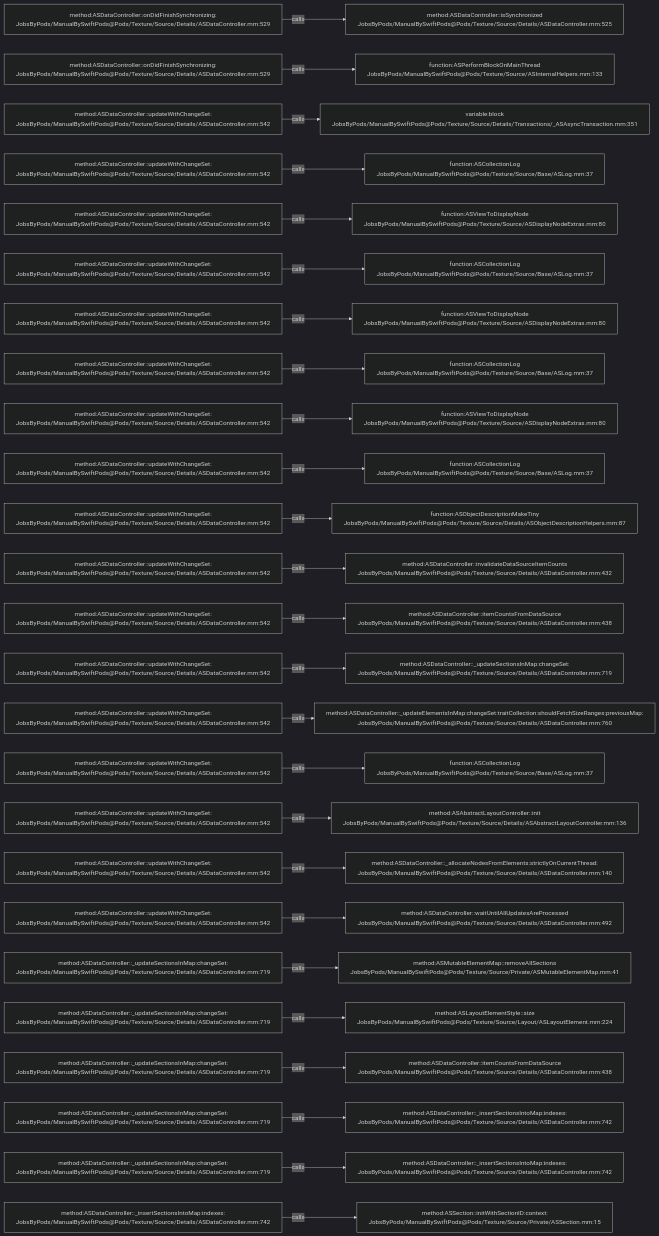
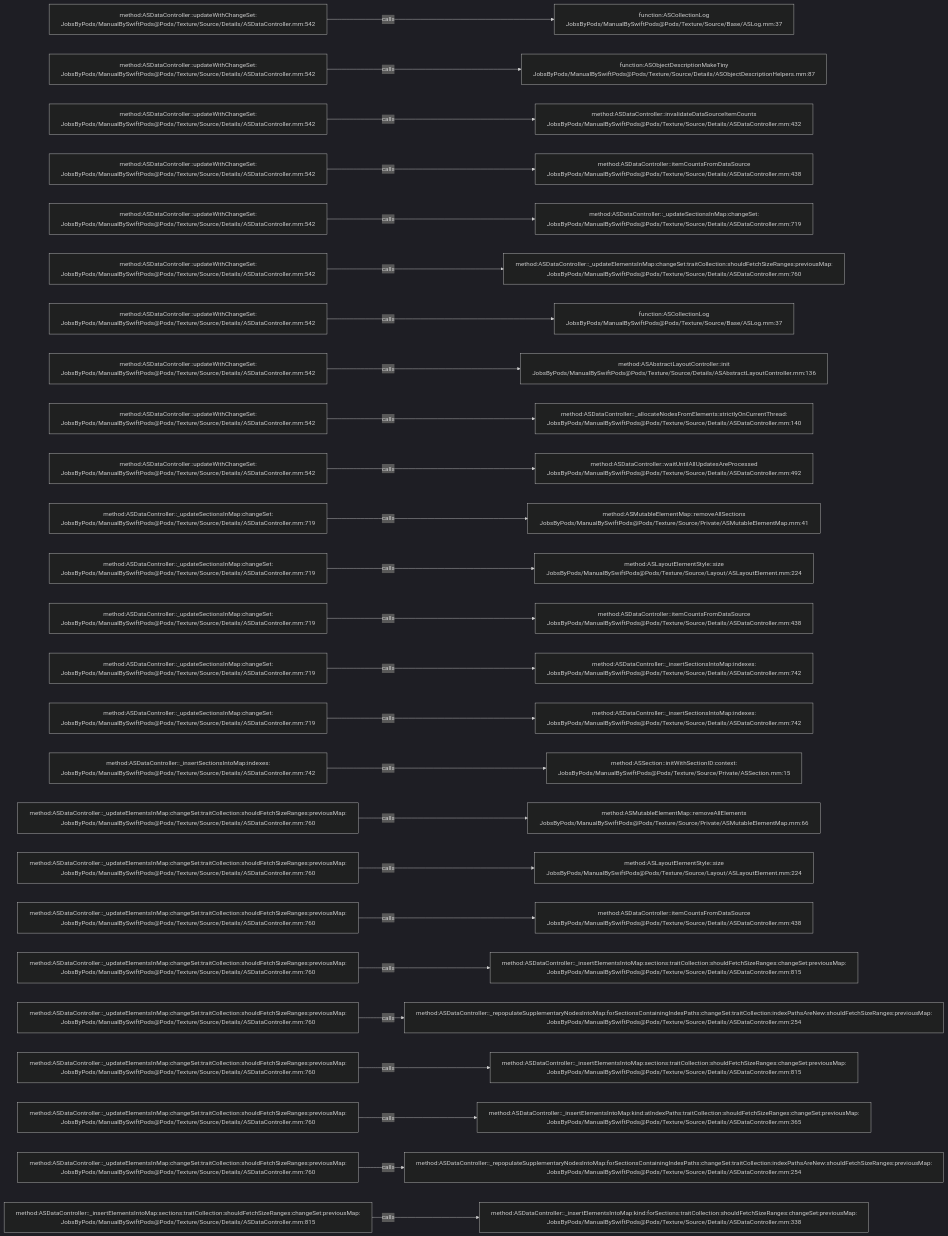
The diagram in .codegraph/codegraph.md/graphs/calls-086.md (JobsKits/JobsSwiftBaseConfigDemo), drawn with Mermaid (dark theme) before and after one commit. The commit also changed 707 other files, not shown here.

````diff
--- a/.codegraph/codegraph.md/graphs/calls-086.md
+++ b/.codegraph/codegraph.md/graphs/calls-086.md
@@ -13,78 +13,78 @@
 ```mermaid
 flowchart LR
-  S1["method:ASDataController::onDidFinishSynchronizing:<br/>JobsByPods/ManualBySwiftPods@Pods/Texture/Source/Details/ASDataController.mm:529"]
-  T1["method:ASDataController::isSynchronized<br/>JobsByPods/ManualBySwiftPods@Pods/Texture/Source/Details/ASDataController.mm:525"]
+  S1["method:ASDataController::updateWithChangeSet:<br/>JobsByPods/ManualBySwiftPods@Pods/Texture/Source/Details/ASDataController.mm:542"]
+  T1["function:ASCollectionLog<br/>JobsByPods/ManualBySwiftPods@Pods/Texture/Source/Base/ASLog.mm:37"]
   S1 -->|calls| T1
-  S2["method:ASDataController::onDidFinishSynchronizing:<br/>JobsByPods/ManualBySwiftPods@Pods/Texture/Source/Details/ASDataController.mm:529"]
-  T2["function:ASPerformBlockOnMainThread<br/>JobsByPods/ManualBySwiftPods@Pods/Texture/Source/ASInternalHelpers.mm:133"]
+  S2["method:ASDataController::updateWithChangeSet:<br/>JobsByPods/ManualBySwiftPods@Pods/Texture/Source/Details/ASDataController.mm:542"]
+  T2["function:ASObjectDescriptionMakeTiny<br/>JobsByPods/ManualBySwiftPods@Pods/Texture/Source/Details/ASObjectDescriptionHelpers.mm:87"]
   S2 -->|calls| T2
   S3["method:ASDataController::updateWithChangeSet:<br/>JobsByPods/ManualBySwiftPods@Pods/Texture/Source/Details/ASDataController.mm:542"]
-  T3["variable:block<br/>JobsByPods/ManualBySwiftPods@Pods/Texture/Source/Details/Transactions/_ASAsyncTransaction.mm:351"]
+  T3["method:ASDataController::invalidateDataSourceItemCounts<br/>JobsByPods/ManualBySwiftPods@Pods/Texture/Source/Details/ASDataController.mm:432"]
   S3 -->|calls| T3
   S4["method:ASDataController::updateWithChangeSet:<br/>JobsByPods/ManualBySwiftPods@Pods/Texture/Source/Details/ASDataController.mm:542"]
-  T4["function:ASCollectionLog<br/>JobsByPods/ManualBySwiftPods@Pods/Texture/Source/Base/ASLog.mm:37"]
+  T4["method:ASDataController::itemCountsFromDataSource<br/>JobsByPods/ManualBySwiftPods@Pods/Texture/Source/Details/ASDataController.mm:438"]
   S4 -->|calls| T4
   S5["method:ASDataController::updateWithChangeSet:<br/>JobsByPods/ManualBySwiftPods@Pods/Texture/Source/Details/ASDataController.mm:542"]
-  T5["function:ASViewToDisplayNode<br/>JobsByPods/ManualBySwiftPods@Pods/Texture/Source/ASDisplayNodeExtras.mm:80"]
+  T5["method:ASDataController::_updateSectionsInMap:changeSet:<br/>JobsByPods/ManualBySwiftPods@Pods/Texture/Source/Details/ASDataController.mm:719"]
   S5 -->|calls| T5
   S6["method:ASDataController::updateWithChangeSet:<br/>JobsByPods/ManualBySwiftPods@Pods/Texture/Source/Details/ASDataController.mm:542"]
-  T6["function:ASCollectionLog<br/>JobsByPods/ManualBySwiftPods@Pods/Texture/Source/Base/ASLog.mm:37"]
+  T6["method:ASDataController::_updateElementsInMap:changeSet:traitCollection:shouldFetchSizeRanges:previousMap:<br/>JobsByPods/ManualBySwiftPods@Pods/Texture/Source/Details/ASDataController.mm:760"]
   S6 -->|calls| T6
   S7["method:ASDataController::updateWithChangeSet:<br/>JobsByPods/ManualBySwiftPods@Pods/Texture/Source/Details/ASDataController.mm:542"]
-  T7["function:ASViewToDisplayNode<br/>JobsByPods/ManualBySwiftPods@Pods/Texture/Source/ASDisplayNodeExtras.mm:80"]
+  T7["function:ASCollectionLog<br/>JobsByPods/ManualBySwiftPods@Pods/Texture/Source/Base/ASLog.mm:37"]
   S7 -->|calls| T7
   S8["method:ASDataController::updateWithChangeSet:<br/>JobsByPods/ManualBySwiftPods@Pods/Texture/Source/Details/ASDataController.mm:542"]
-  T8["function:ASCollectionLog<br/>JobsByPods/ManualBySwiftPods@Pods/Texture/Source/Base/ASLog.mm:37"]
+  T8["method:ASAbstractLayoutController::init<br/>JobsByPods/ManualBySwiftPods@Pods/Texture/Source/Details/ASAbstractLayoutController.mm:136"]
   S8 -->|calls| T8
   S9["method:ASDataController::updateWithChangeSet:<br/>JobsByPods/ManualBySwiftPods@Pods/Texture/Source/Details/ASDataController.mm:542"]
-  T9["function:ASViewToDisplayNode<br/>JobsByPods/ManualBySwiftPods@Pods/Texture/Source/ASDisplayNodeExtras.mm:80"]
+  T9["method:ASDataController::_allocateNodesFromElements:strictlyOnCurrentThread:<br/>JobsByPods/ManualBySwiftPods@Pods/Texture/Source/Details/ASDataController.mm:140"]
   S9 -->|calls| T9
   S10["method:ASDataController::updateWithChangeSet:<br/>JobsByPods/ManualBySwiftPods@Pods/Texture/Source/Details/ASDataController.mm:542"]
-  T10["function:ASCollectionLog<br/>JobsByPods/ManualBySwiftPods@Pods/Texture/Source/Base/ASLog.mm:37"]
+  T10["method:ASDataController::waitUntilAllUpdatesAreProcessed<br/>JobsByPods/ManualBySwiftPods@Pods/Texture/Source/Details/ASDataController.mm:492"]
   S10 -->|calls| T10
-  S11["method:ASDataController::updateWithChangeSet:<br/>JobsByPods/ManualBySwiftPods@Pods/Texture/Source/Details/ASDataController.mm:542"]
-  T11["function:ASObjectDescriptionMakeTiny<br/>JobsByPods/ManualBySwiftPods@Pods/Texture/Source/Details/ASObjectDescriptionHelpers.mm:87"]
+  S11["method:ASDataController::_updateSectionsInMap:changeSet:<br/>JobsByPods/ManualBySwiftPods@Pods/Texture/Source/Details/ASDataController.mm:719"]
+  T11["method:ASMutableElementMap::removeAllSections<br/>JobsByPods/ManualBySwiftPods@Pods/Texture/Source/Private/ASMutableElementMap.mm:41"]
   S11 -->|calls| T11
-  S12["method:ASDataController::updateWithChangeSet:<br/>JobsByPods/ManualBySwiftPods@Pods/Texture/Source/Details/ASDataController.mm:542"]
-  T12["method:ASDataController::invalidateDataSourceItemCounts<br/>JobsByPods/ManualBySwiftPods@Pods/Texture/Source/Details/ASDataController.mm:432"]
+  S12["method:ASDataController::_updateSectionsInMap:changeSet:<br/>JobsByPods/ManualBySwiftPods@Pods/Texture/Source/Details/ASDataController.mm:719"]
+  T12["method:ASLayoutElementStyle::size<br/>JobsByPods/ManualBySwiftPods@Pods/Texture/Source/Layout/ASLayoutElement.mm:224"]
   S12 -->|calls| T12
-  S13["method:ASDataController::updateWithChangeSet:<br/>JobsByPods/ManualBySwiftPods@Pods/Texture/Source/Details/ASDataController.mm:542"]
+  S13["method:ASDataController::_updateSectionsInMap:changeSet:<br/>JobsByPods/ManualBySwiftPods@Pods/Texture/Source/Details/ASDataController.mm:719"]
   T13["method:ASDataController::itemCountsFromDataSource<br/>JobsByPods/ManualBySwiftPods@Pods/Texture/Source/Details/ASDataController.mm:438"]
   S13 -->|calls| T13
-  S14["method:ASDataController::updateWithChangeSet:<br/>JobsByPods/ManualBySwiftPods@Pods/Texture/Source/Details/ASDataController.mm:542"]
-  T14["method:ASDataController::_updateSectionsInMap:changeSet:<br/>JobsByPods/ManualBySwiftPods@Pods/Texture/Source/Details/ASDataController.mm:719"]
+  S14["method:ASDataController::_updateSectionsInMap:changeSet:<br/>JobsByPods/ManualBySwiftPods@Pods/Texture/Source/Details/ASDataController.mm:719"]
+  T14["method:ASDataController::_insertSectionsIntoMap:indexes:<br/>JobsByPods/ManualBySwiftPods@Pods/Texture/Source/Details/ASDataController.mm:742"]
   S14 -->|calls| T14
-  S15["method:ASDataController::updateWithChangeSet:<br/>JobsByPods/ManualBySwiftPods@Pods/Texture/Source/Details/ASDataController.mm:542"]
-  T15["method:ASDataController::_updateElementsInMap:changeSet:traitCollection:shouldFetchSizeRanges:previousMap:<br/>JobsByPods/ManualBySwiftPods@Pods/Texture/Source/Details/ASDataController.mm:760"]
+  S15["method:ASDataController::_updateSectionsInMap:changeSet:<br/>JobsByPods/ManualBySwiftPods@Pods/Texture/Source/Details/ASDataController.mm:719"]
+  T15["method:ASDataController::_insertSectionsIntoMap:indexes:<br/>JobsByPods/ManualBySwiftPods@Pods/Texture/Source/Details/ASDataController.mm:742"]
   S15 -->|calls| T15
-  S16["method:ASDataController::updateWithChangeSet:<br/>JobsByPods/ManualBySwiftPods@Pods/Texture/Source/Details/ASDataController.mm:542"]
-  T16["function:ASCollectionLog<br/>JobsByPods/ManualBySwiftPods@Pods/Texture/Source/Base/ASLog.mm:37"]
+  S16["method:ASDataController::_insertSectionsIntoMap:indexes:<br/>JobsByPods/ManualBySwiftPods@Pods/Texture/Source/Details/ASDataController.mm:742"]
+  T16["method:ASSection::initWithSectionID:context:<br/>JobsByPods/ManualBySwiftPods@Pods/Texture/Source/Private/ASSection.mm:15"]
   S16 -->|calls| T16
-  S17["method:ASDataController::updateWithChangeSet:<br/>JobsByPods/ManualBySwiftPods@Pods/Texture/Source/Details/ASDataController.mm:542"]
-  T17["method:ASAbstractLayoutController::init<br/>JobsByPods/ManualBySwiftPods@Pods/Texture/Source/Details/ASAbstractLayoutController.mm:136"]
+  S17["method:ASDataController::_updateElementsInMap:changeSet:traitCollection:shouldFetchSizeRanges:previousMap:<br/>JobsByPods/ManualBySwiftPods@Pods/Texture/Source/Details/ASDataController.mm:760"]
+  T17["method:ASMutableElementMap::removeAllElements<br/>JobsByPods/ManualBySwiftPods@Pods/Texture/Source/Private/ASMutableElementMap.mm:66"]
   S17 -->|calls| T17
-  S18["method:ASDataController::updateWithChangeSet:<br/>JobsByPods/ManualBySwiftPods@Pods/Texture/Source/Details/ASDataController.mm:542"]
-  T18["method:ASDataController::_allocateNodesFromElements:strictlyOnCurrentThread:<br/>JobsByPods/ManualBySwiftPods@Pods/Texture/Source/Details/ASDataController.mm:140"]
+  S18["method:ASDataController::_updateElementsInMap:changeSet:traitCollection:shouldFetchSizeRanges:previousMap:<br/>JobsByPods/ManualBySwiftPods@Pods/Texture/Source/Details/ASDataController.mm:760"]
+  T18["method:ASLayoutElementStyle::size<br/>JobsByPods/ManualBySwiftPods@Pods/Texture/Source/Layout/ASLayoutElement.mm:224"]
   S18 -->|calls| T18
-  S19["method:ASDataController::updateWithChangeSet:<br/>JobsByPods/ManualBySwiftPods@Pods/Texture/Source/Details/ASDataController.mm:542"]
-  T19["method:ASDataController::waitUntilAllUpdatesAreProcessed<br/>JobsByPods/ManualBySwiftPods@Pods/Texture/Source/Details/ASDataController.mm:492"]
+  S19["method:ASDataController::_updateElementsInMap:changeSet:traitCollection:shouldFetchSizeRanges:previousMap:<br/>JobsByPods/ManualBySwiftPods@Pods/Texture/Source/Details/ASDataController.mm:760"]
+  T19["method:ASDataController::itemCountsFromDataSource<br/>JobsByPods/ManualBySwiftPods@Pods/Texture/Source/Details/ASDataController.mm:438"]
   S19 -->|calls| T19
-  S20["method:ASDataController::_updateSectionsInMap:changeSet:<br/>JobsByPods/ManualBySwiftPods@Pods/Texture/Source/Details/ASDataController.mm:719"]
-  T20["method:ASMutableElementMap::removeAllSections<br/>JobsByPods/ManualBySwiftPods@Pods/Texture/Source/Private/ASMutableElementMap.mm:41"]
+  S20["method:ASDataController::_updateElementsInMap:changeSet:traitCollection:shouldFetchSizeRanges:previousMap:<br/>JobsByPods/ManualBySwiftPods@Pods/Texture/Source/Details/ASDataController.mm:760"]
+  T20["method:ASDataController::_insertElementsIntoMap:sections:traitCollection:shouldFetchSizeRanges:changeSet:previousMap:<br/>JobsByPods/ManualBySwiftPods@Pods/Texture/Source/Details/ASDataController.mm:815"]
   S20 -->|calls| T20
-  S21["method:ASDataController::_updateSectionsInMap:changeSet:<br/>JobsByPods/ManualBySwiftPods@Pods/Texture/Source/Details/ASDataController.mm:719"]
-  T21["method:ASLayoutElementStyle::size<br/>JobsByPods/ManualBySwiftPods@Pods/Texture/Source/Layout/ASLayoutElement.mm:224"]
+  S21["method:ASDataController::_updateElementsInMap:changeSet:traitCollection:shouldFetchSizeRanges:previousMap:<br/>JobsByPods/ManualBySwiftPods@Pods/Texture/Source/Details/ASDataController.mm:760"]
+  T21["method:ASDataController::_repopulateSupplementaryNodesIntoMap:forSectionsContainingIndexPaths:changeSet:traitCollection:indexPathsAreNew:shouldFetchSizeRanges:previousMap:<br/>JobsByPods/ManualBySwiftPods@Pods/Texture/Source/Details/ASDataController.mm:254"]
   S21 -->|calls| T21
-  S22["method:ASDataController::_updateSectionsInMap:changeSet:<br/>JobsByPods/ManualBySwiftPods@Pods/Texture/Source/Details/ASDataController.mm:719"]
-  T22["method:ASDataController::itemCountsFromDataSource<br/>JobsByPods/ManualBySwiftPods@Pods/Texture/Source/Details/ASDataController.mm:438"]
+  S22["method:ASDataController::_updateElementsInMap:changeSet:traitCollection:shouldFetchSizeRanges:previousMap:<br/>JobsByPods/ManualBySwiftPods@Pods/Texture/Source/Details/ASDataController.mm:760"]
+  T22["method:ASDataController::_insertElementsIntoMap:sections:traitCollection:shouldFetchSizeRanges:changeSet:previousMap:<br/>JobsByPods/ManualBySwiftPods@Pods/Texture/Source/Details/ASDataController.mm:815"]
   S22 -->|calls| T22
-  S23["method:ASDataController::_updateSectionsInMap:changeSet:<br/>JobsByPods/ManualBySwiftPods@Pods/Texture/Source/Details/ASDataController.mm:719"]
-  T23["method:ASDataController::_insertSectionsIntoMap:indexes:<br/>JobsByPods/ManualBySwiftPods@Pods/Texture/Source/Details/ASDataController.mm:742"]
+  S23["method:ASDataController::_updateElementsInMap:changeSet:traitCollection:shouldFetchSizeRanges:previousMap:<br/>JobsByPods/ManualBySwiftPods@Pods/Texture/Source/Details/ASDataController.mm:760"]
+  T23["method:ASDataController::_insertElementsIntoMap:kind:atIndexPaths:traitCollection:shouldFetchSizeRanges:changeSet:previousMap:<br/>JobsByPods/ManualBySwiftPods@Pods/Texture/Source/Details/ASDataController.mm:365"]
   S23 -->|calls| T23
-  S24["method:ASDataController::_updateSectionsInMap:changeSet:<br/>JobsByPods/ManualBySwiftPods@Pods/Texture/Source/Details/ASDataController.mm:719"]
-  T24["method:ASDataController::_insertSectionsIntoMap:indexes:<br/>JobsByPods/ManualBySwiftPods@Pods/Texture/Source/Details/ASDataController.mm:742"]
+  S24["method:ASDataController::_updateElementsInMap:changeSet:traitCollection:shouldFetchSizeRanges:previousMap:<br/>JobsByPods/ManualBySwiftPods@Pods/Texture/Source/Details/ASDataController.mm:760"]
+  T24["method:ASDataController::_repopulateSupplementaryNodesIntoMap:forSectionsContainingIndexPaths:changeSet:traitCollection:indexPathsAreNew:shouldFetchSizeRanges:previousMap:<br/>JobsByPods/ManualBySwiftPods@Pods/Texture/Source/Details/ASDataController.mm:254"]
   S24 -->|calls| T24
-  S25["method:ASDataController::_insertSectionsIntoMap:indexes:<br/>JobsByPods/ManualBySwiftPods@Pods/Texture/Source/Details/ASDataController.mm:742"]
-  T25["method:ASSection::initWithSectionID:context:<br/>JobsByPods/ManualBySwiftPods@Pods/Texture/Source/Private/ASSection.mm:15"]
+  S25["method:ASDataController::_insertElementsIntoMap:sections:traitCollection:shouldFetchSizeRanges:changeSet:previousMap:<br/>JobsByPods/ManualBySwiftPods@Pods/Texture/Source/Details/ASDataController.mm:815"]
+  T25["method:ASDataController::_insertElementsIntoMap:kind:forSections:traitCollection:shouldFetchSizeRanges:changeSet:previousMap:<br/>JobsByPods/ManualBySwiftPods@Pods/Texture/Source/Details/ASDataController.mm:338"]
   S25 -->|calls| T25
 ```
````
